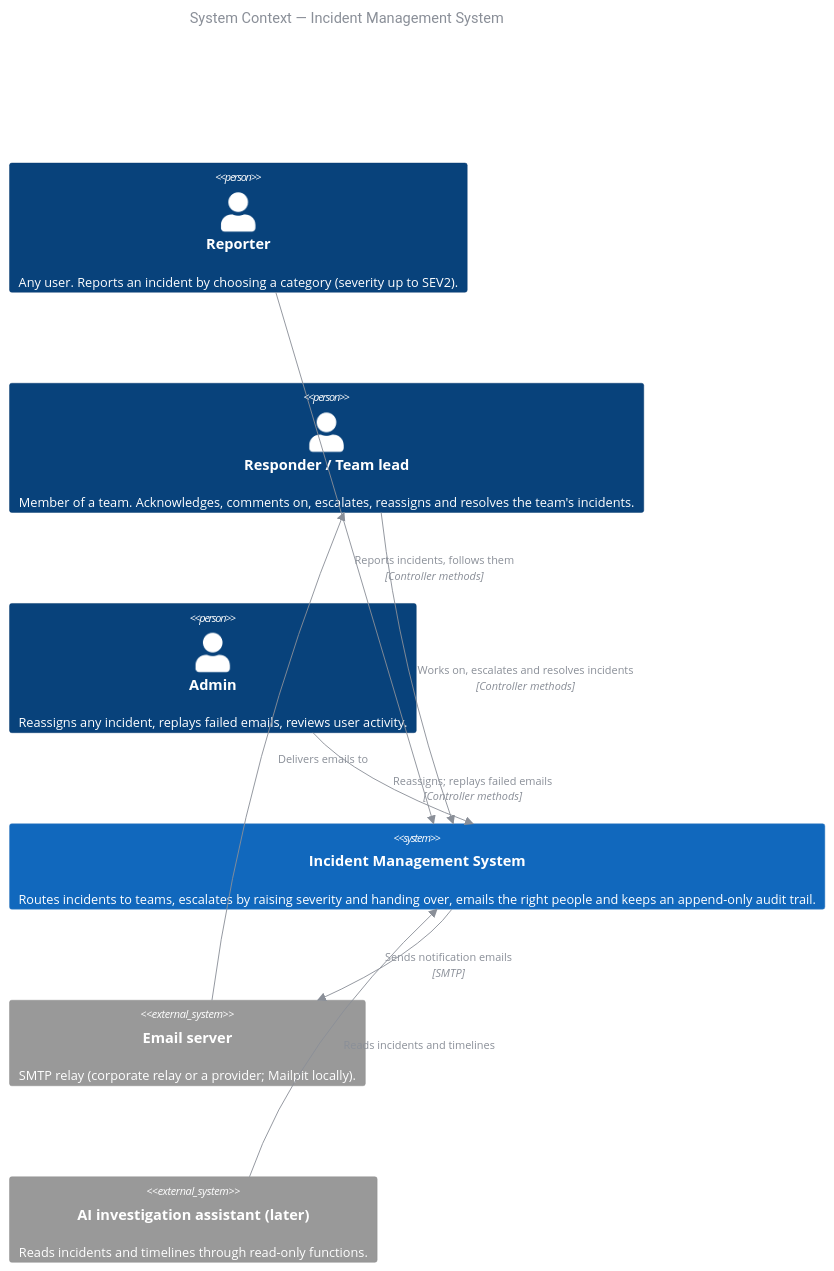
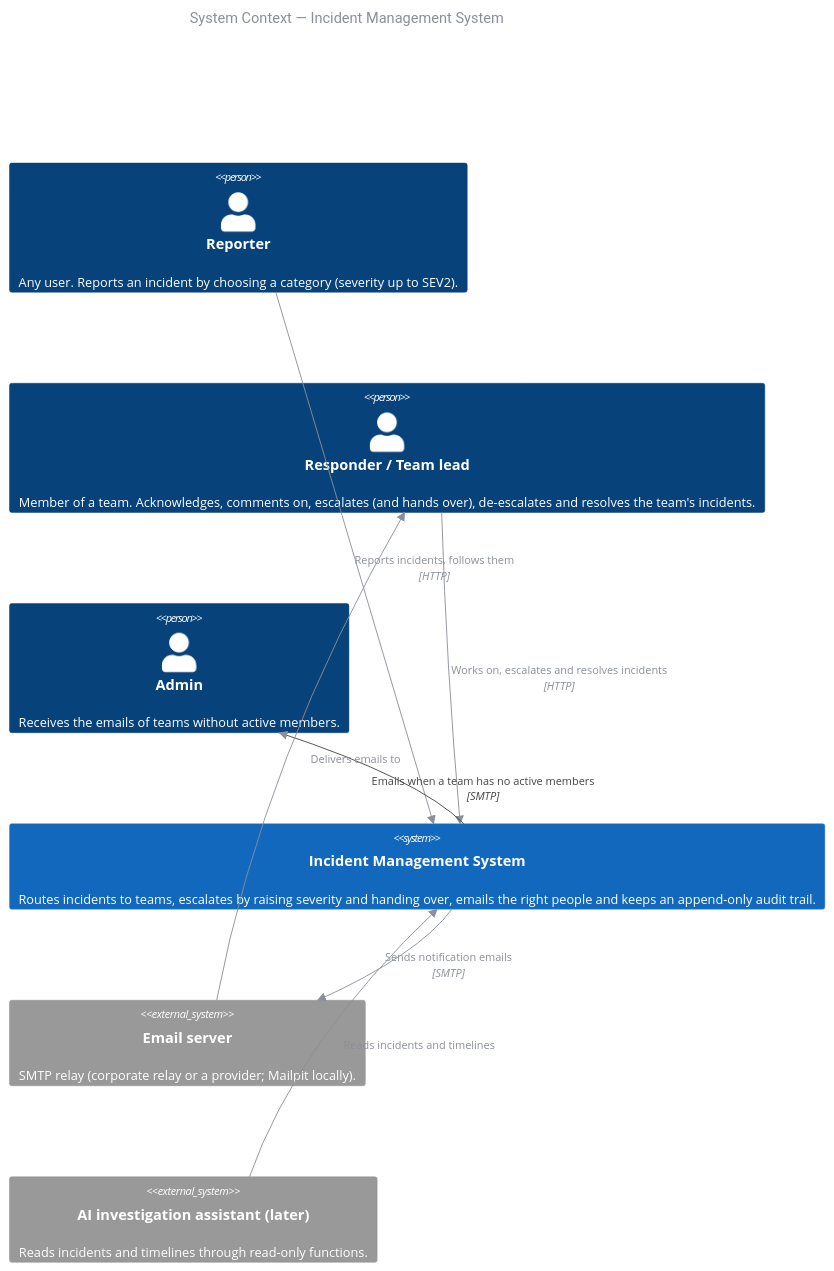
The first of 4 diagrams in docs/c4-model.md (t-h-e-silence/IncidentManagmentTool), drawn with Mermaid before and after one commit. The commit also changed other lines of this file and 57 other files, not shown here.

````diff
--- a/docs/c4-model.md
+++ b/docs/c4-model.md
@@ -24,29 +24,29 @@
 ```mermaid
 %%{init: {"themeVariables": {"textColor": "#8A8F98"}}}%%
 C4Context
     title System Context — Incident Management System
 
     Person(reporter, "Reporter", "Any user. Reports an incident by choosing a category (severity up to SEV2).")
-    Person(responder, "Responder / Team lead", "Member of a team. Acknowledges, comments on, escalates, reassigns and resolves the team's incidents.")
-    Person(admin, "Admin", "Reassigns any incident, replays failed emails, reviews user activity.")
+    Person(responder, "Responder / Team lead", "Member of a team. Acknowledges, comments on, escalates (and hands over), de-escalates and resolves the team's incidents.")
+    Person(admin, "Admin", "Receives the emails of teams without active members.")
 
     System(ims, "Incident Management System", "Routes incidents to teams, escalates by raising severity and handing over, emails the right people and keeps an append-only audit trail.")
 
     System_Ext(smtp, "Email server", "SMTP relay (corporate relay or a provider; Mailpit locally).")
     System_Ext(ai, "AI investigation assistant (later)", "Reads incidents and timelines through read-only functions.")
 
-    Rel(reporter, ims, "Reports incidents, follows them", "Controller methods")
-    Rel(responder, ims, "Works on, escalates and resolves incidents", "Controller methods")
-    Rel(admin, ims, "Reassigns; replays failed emails", "Controller methods")
+    Rel(reporter, ims, "Reports incidents, follows them", "HTTP")
+    Rel(responder, ims, "Works on, escalates and resolves incidents", "HTTP")
+    Rel(ims, admin, "Emails when a team has no active members", "SMTP")
     Rel(ims, smtp, "Sends notification emails", "SMTP")
     Rel(ai, ims, "Reads incidents and timelines")
     Rel(smtp, responder, "Delivers emails to")
 
     UpdateRelStyle(reporter, ims, $textColor="#8A8F98", $lineColor="#8A8F98")
     UpdateRelStyle(responder, ims, $textColor="#8A8F98", $lineColor="#8A8F98")
     UpdateRelStyle(admin, ims, $textColor="#8A8F98", $lineColor="#8A8F98")
     UpdateRelStyle(ims, smtp, $textColor="#8A8F98", $lineColor="#8A8F98")
     UpdateRelStyle(ai, ims, $textColor="#8A8F98", $lineColor="#8A8F98")
     UpdateRelStyle(smtp, responder, $textColor="#8A8F98", $lineColor="#8A8F98")
     UpdateLayoutConfig($c4ShapeInRow="3", $c4BoundaryInRow="1")
 ```
````
